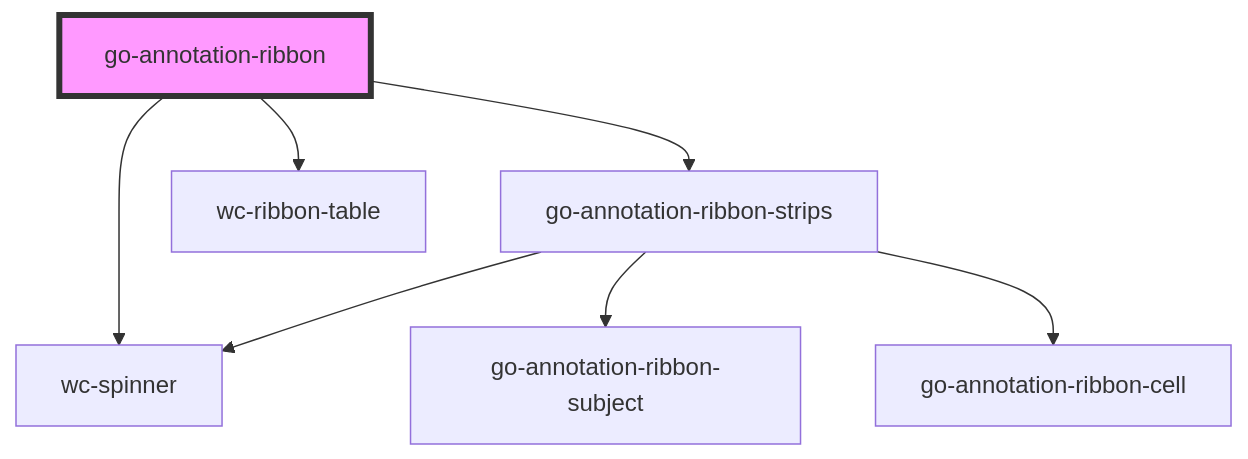
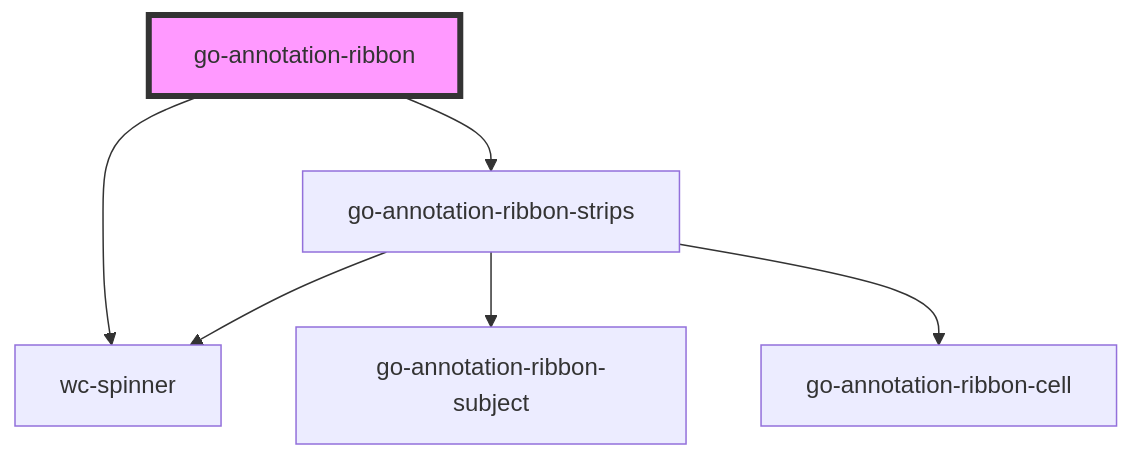
The diagram in src/components/annotation-ribbon/readme.md (geneontology/web-components), drawn with Mermaid before and after one commit. The commit also changed other lines of this file and 8 other files, not shown here.

Commit message:
Rename wc-ribbon-table to go-annotation-ribbon-table

````diff
--- a/src/components/annotation-ribbon/readme.md
+++ b/src/components/annotation-ribbon/readme.md
@@ -55,10 +54,9 @@
 ```mermaid
 graph TD;
   go-annotation-ribbon --> go-annotation-ribbon-strips
   go-annotation-ribbon --> wc-spinner
-  go-annotation-ribbon --> wc-ribbon-table
   go-annotation-ribbon-strips --> wc-spinner
   go-annotation-ribbon-strips --> go-annotation-ribbon-subject
   go-annotation-ribbon-strips --> go-annotation-ribbon-cell
   style go-annotation-ribbon fill:#f9f,stroke:#333,stroke-width:4px
 ```
````
